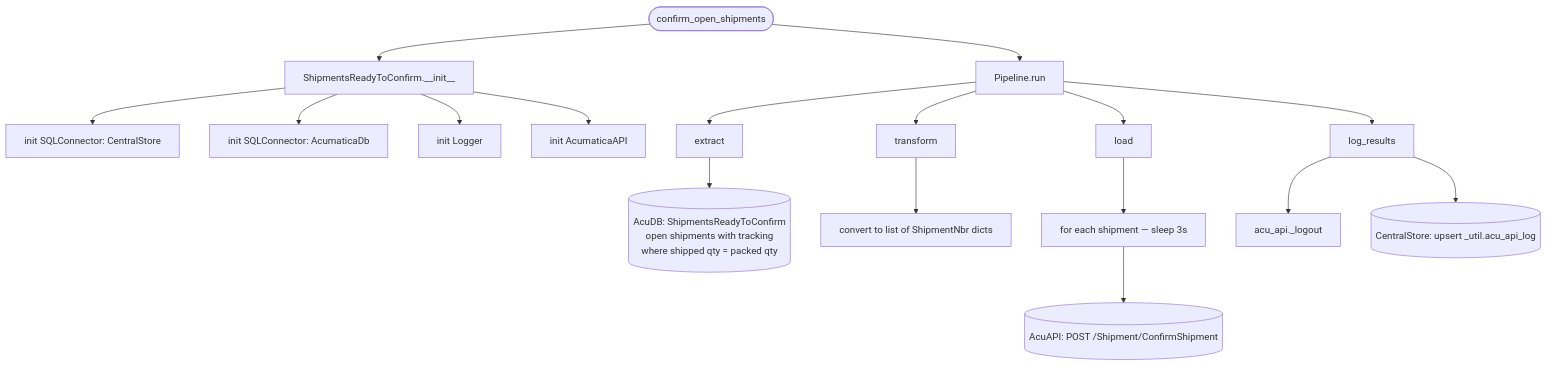
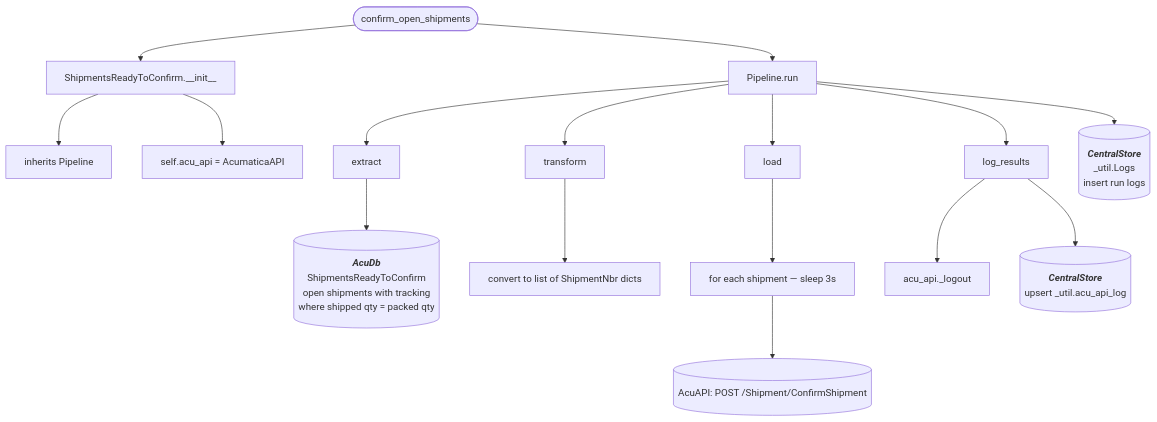
One commit to journeyhl/integration-platform changed the diagram in docs/functions/confirm_acu_shipments.md. Above: the diagram before and after it, drawn with Mermaid. The commit also changed 42 other files, not shown here.

````diff
--- a/docs/functions/confirm_acu_shipments.md
+++ b/docs/functions/confirm_acu_shipments.md
@@ -19,24 +18,33 @@
 ```mermaid
 %%{init: {"flowchart": {"wrappingWidth": 400}}}%%
 flowchart TD
     A([confirm_open_shipments]) --> B[ShipmentsReadyToConfirm.__init__]
-    B --> B1[init SQLConnector: CentralStore]
-    B --> B2[init SQLConnector: AcumaticaDb]
-    B --> B3[init Logger]
-    B --> B4[init AcumaticaAPI]
+    B --> B1[inherits Pipeline]
+    B --> B2[
+        self.acu_api = AcumaticaAPI
+    ]
     A --> RUN[Pipeline.run]
 
     RUN --> EX[extract]
-    EX --> D1[(AcuDB: ShipmentsReadyToConfirm<br/>open shipments with tracking<br/>where shipped qty = packed qty)]
+    EX --> D1[(
+        <b><i>AcuDb</i></b>
+        ShipmentsReadyToConfirm<br/>open shipments with tracking<br/>where shipped qty = packed qty)]
 
     RUN --> TR[transform]
     TR --> T1[convert to list of ShipmentNbr dicts]
 
     RUN --> LD[load]
     LD --> LS[for each shipment — sleep 3s]
     LS --> L1[(AcuAPI: POST /Shipment/ConfirmShipment)]
 
     RUN --> LR[log_results]
     LR --> LO[acu_api._logout]
-    LR --> UPS[(CentralStore: upsert _util.acu_api_log)]
+    LR --> UPS[(
+        <b><i>CentralStore</i></b>
+        upsert _util.acu_api_log
+    )]
+    RUN --> LOGS[(
+        <b><i>CentralStore</i></b>
+        _util.Logs<br/>insert run logs
+    )]
 ```
````
